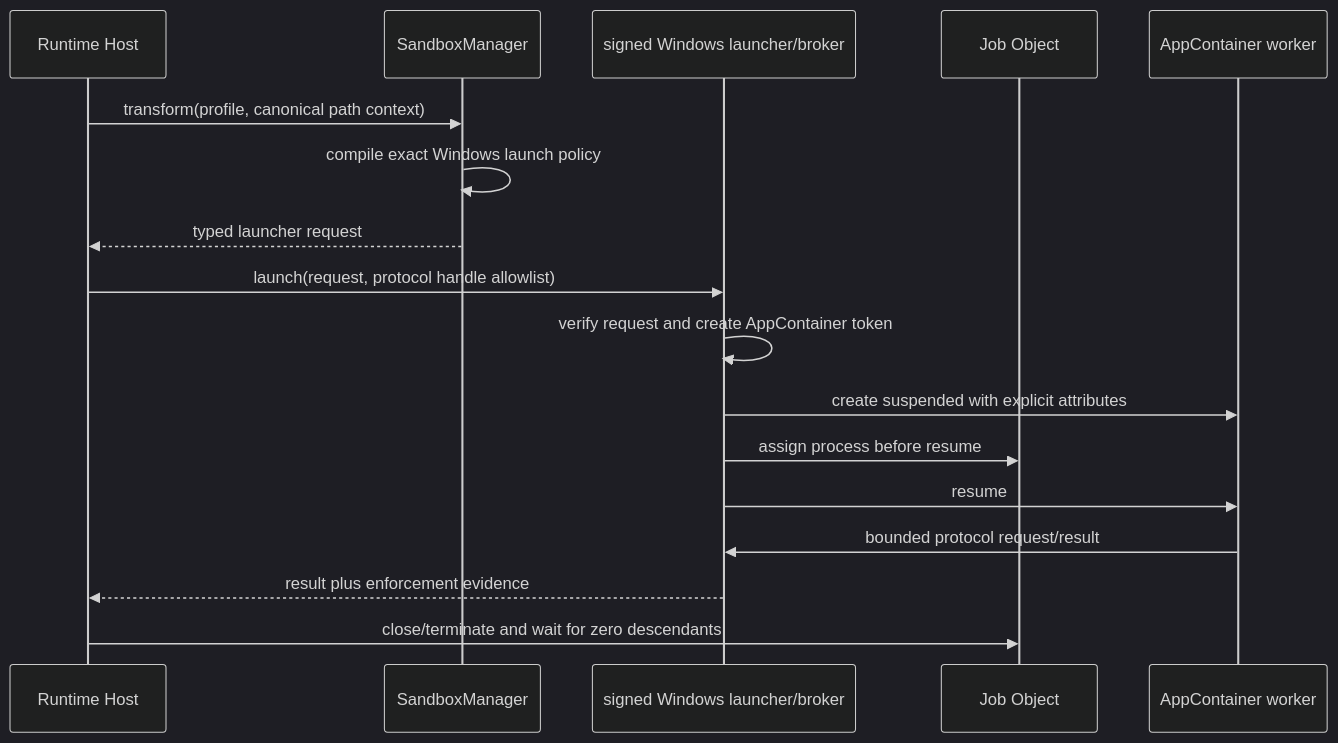
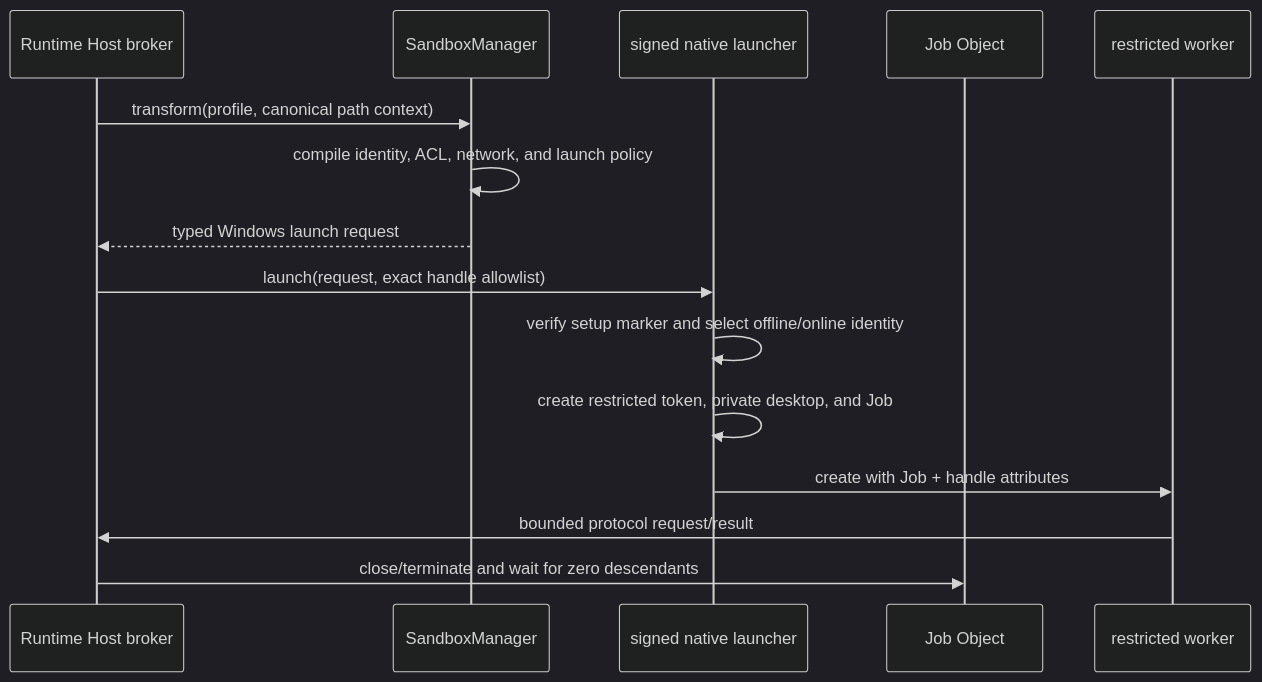
Before and after one commit to apache/maka: the diagram in docs/architecture/windows-sandbox-rfc-v1.md, drawn with Mermaid (dark theme). The commit also changed other lines of this file and 2 other files, not shown here.

Commit message:
docs(windows): ground sandbox RFC in prior art

````diff
--- a/docs/architecture/windows-sandbox-rfc-v1.md
+++ b/docs/architecture/windows-sandbox-rfc-v1.md
@@ -113,20 +169,18 @@
 ```mermaid
 sequenceDiagram
-  participant H as Runtime Host
+  participant H as Runtime Host broker
   participant M as SandboxManager
-  participant L as signed Windows launcher/broker
+  participant L as signed native launcher
   participant J as Job Object
-  participant C as AppContainer worker
+  participant C as restricted worker
 
   H->>M: transform(profile, canonical path context)
-  M->>M: compile exact Windows launch policy
-  M-->>H: typed launcher request
-  H->>L: launch(request, protocol handle allowlist)
-  L->>L: verify request and create AppContainer token
-  L->>C: create suspended with explicit attributes
-  L->>J: assign process before resume
-  L->>C: resume
-  C->>L: bounded protocol request/result
-  L-->>H: result plus enforcement evidence
+  M->>M: compile identity, ACL, network, and launch policy
+  M-->>H: typed Windows launch request
+  H->>L: launch(request, exact handle allowlist)
+  L->>L: verify setup marker and select offline/online identity
+  L->>L: create restricted token, private desktop, and Job
+  L->>C: create with Job + handle attributes
+  C->>H: bounded protocol request/result
   H->>J: close/terminate and wait for zero descendants
 ```
````
